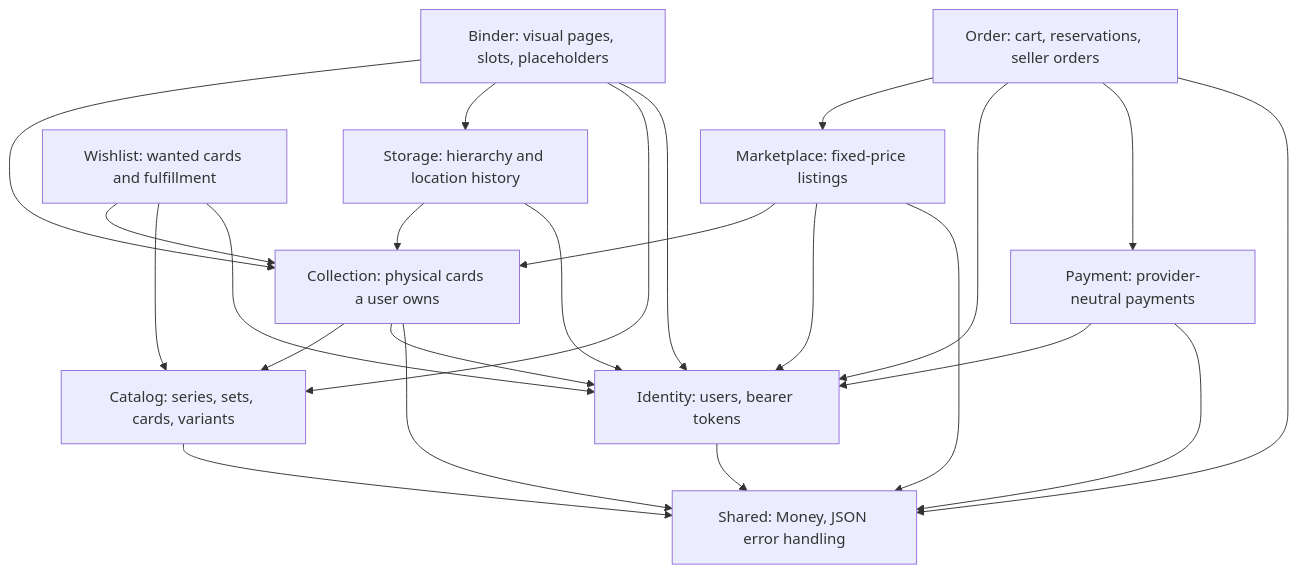
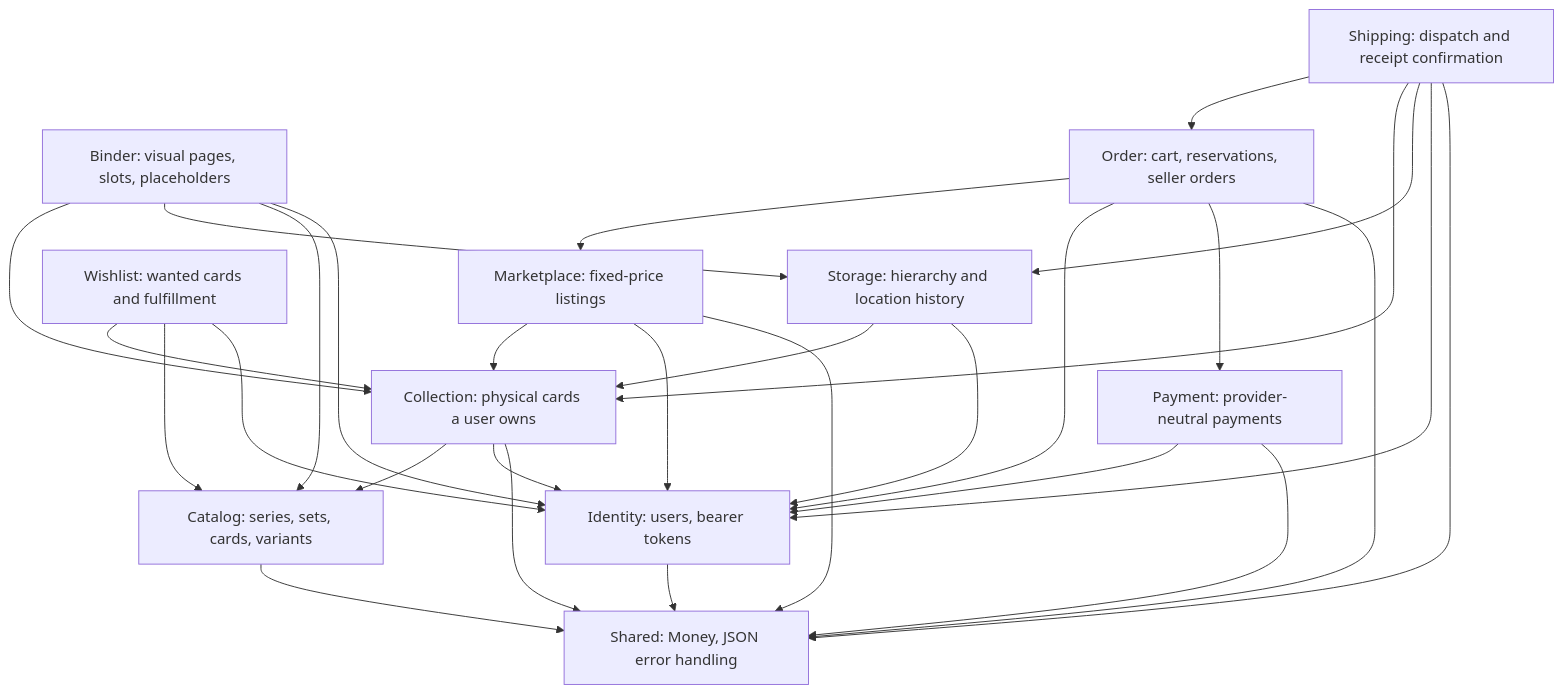
The diagram in README.md (Jelmer-Ketelaar/CardNest), drawn with Mermaid before and after one commit. The commit also changed other lines of this file and 35 other files, not shown here.

````diff
--- a/README.md
+++ b/README.md
@@ -195,37 +201,43 @@
 ```mermaid
 flowchart TD
     Identity[Identity: users, bearer tokens]
     Catalog[Catalog: series, sets, cards, variants]
     Collection[Collection: physical cards a user owns]
     Storage[Storage: hierarchy and location history]
     Binder[Binder: visual pages, slots, placeholders]
     Wishlist[Wishlist: wanted cards and fulfillment]
     Marketplace[Marketplace: fixed-price listings]
     Order[Order: cart, reservations, seller orders]
     Payment[Payment: provider-neutral payments]
+    Shipping[Shipping: dispatch and receipt confirmation]
     Shared[Shared: Money, JSON error handling]
 
     Collection --> Catalog
     Collection --> Identity
     Storage --> Collection
     Storage --> Identity
     Binder --> Collection
     Binder --> Storage
     Binder --> Catalog
     Binder --> Identity
     Wishlist --> Collection
     Wishlist --> Catalog
     Wishlist --> Identity
     Marketplace --> Collection
     Marketplace --> Identity
     Marketplace --> Shared
     Order --> Marketplace
     Order --> Identity
     Order --> Payment
     Order --> Shared
+    Shipping --> Order
+    Shipping --> Collection
+    Shipping --> Storage
+    Shipping --> Identity
+    Shipping --> Shared
     Payment --> Identity
     Payment --> Shared
     Catalog --> Shared
     Collection --> Shared
     Identity --> Shared
 ```
````
